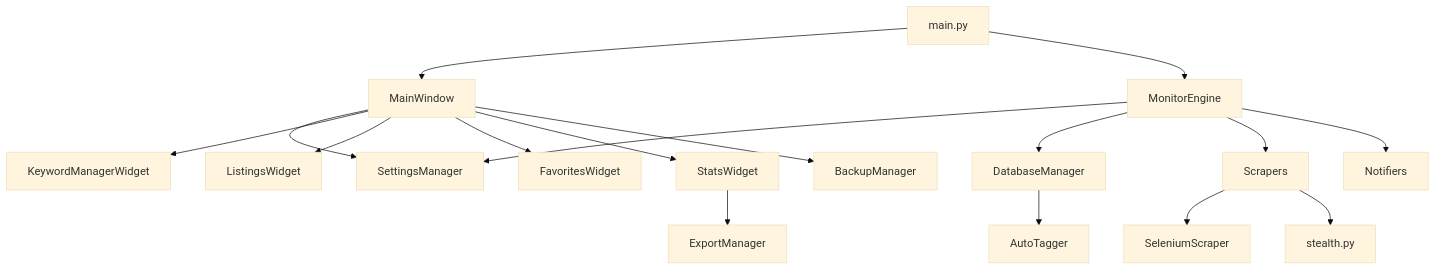
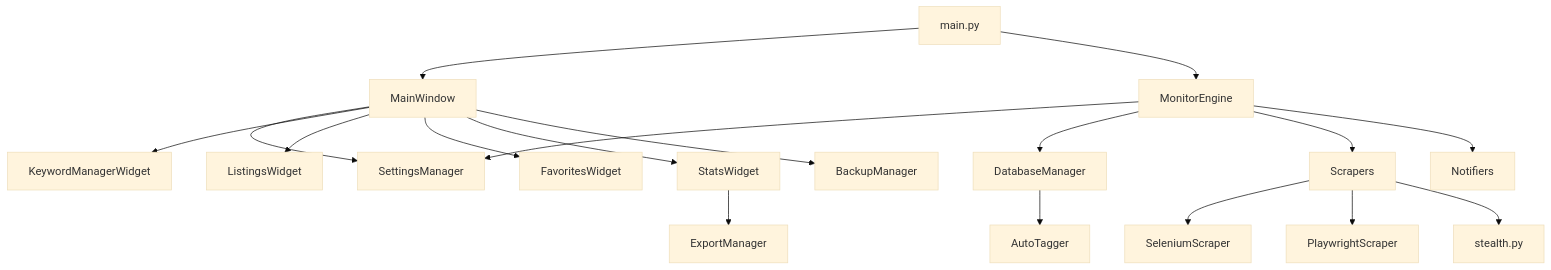
One commit to twbeatles/used-market-notifier changed the diagram in claude.md. Above: the diagram before and after it, drawn with Mermaid (base theme). The commit also changed other lines of this file and 22 other files, not shown here.

````diff
--- a/claude.md
+++ b/claude.md
@@ -27,19 +27,20 @@
 ```mermaid
 graph TD
     A[main.py] --> B[MainWindow]
     A --> C[MonitorEngine]
     B --> D[SettingsManager]
     B --> E[KeywordManagerWidget]
     B --> F[ListingsWidget]
     B --> G[FavoritesWidget]
     B --> H[StatsWidget]
     C --> D
     C --> I[DatabaseManager]
     C --> J[Scrapers]
     C --> K[Notifiers]
     J --> L[SeleniumScraper]
+    J --> Q[PlaywrightScraper]
     J --> M[stealth.py]
     I --> N[AutoTagger]
     H --> O[ExportManager]
     B --> P[BackupManager]
 ```
````
